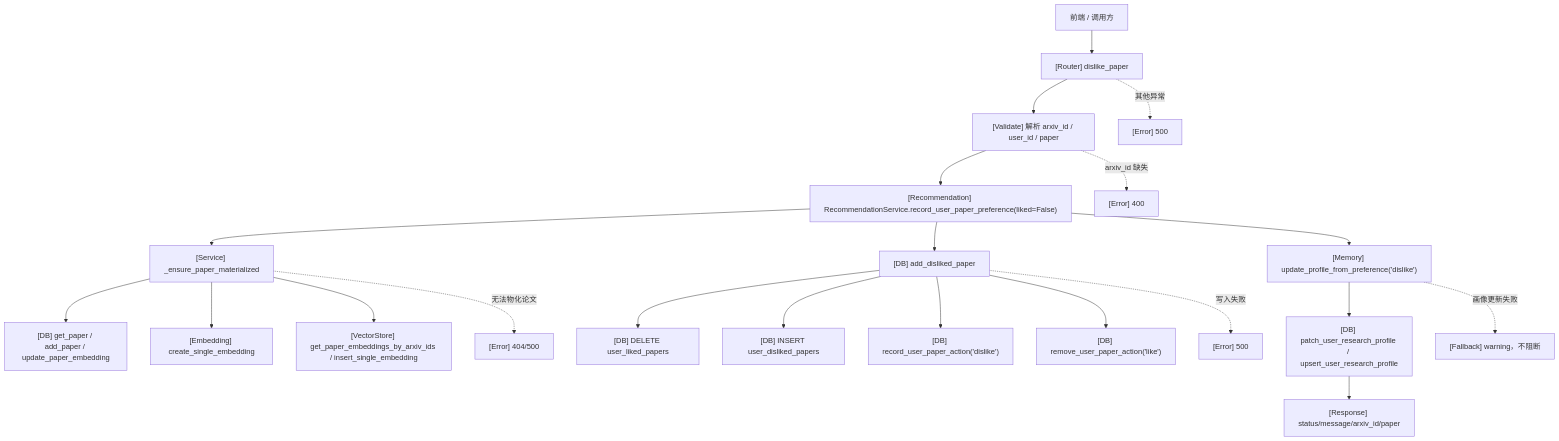
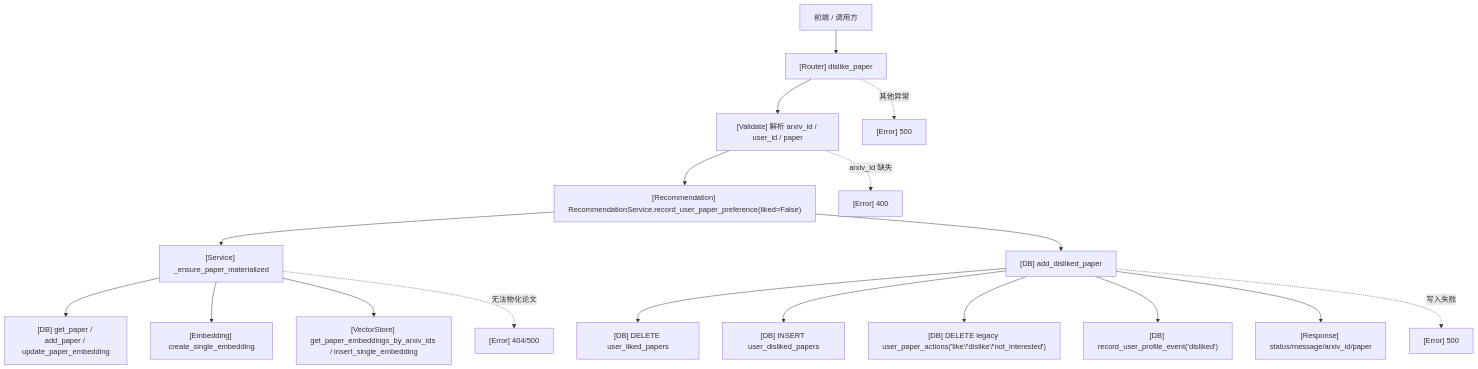
One commit to PolarisSun729/arxiv-research-agent changed the fifth of 16 diagrams in docs/architecture/routers/user_router_flow.md. Above: the diagram before and after it, drawn with Mermaid. The commit also changed other lines of this file and 75 other files, not shown here.

````diff
--- a/docs/architecture/routers/user_router_flow.md
+++ b/docs/architecture/routers/user_router_flow.md
@@ -302,23 +305,20 @@
 ```mermaid
 flowchart TD
     A["前端 / 调用方"] --> B["[Router] dislike_paper"]
     B --> C["[Validate] 解析 arxiv_id / user_id / paper"]
     C --> D["[Recommendation] RecommendationService.record_user_paper_preference(liked=False)"]
     D --> E["[Service] _ensure_paper_materialized"]
     E --> E1["[DB] get_paper / add_paper / update_paper_embedding"]
     E --> E2["[Embedding] create_single_embedding"]
     E --> E3["[VectorStore] get_paper_embeddings_by_arxiv_ids / insert_single_embedding"]
     D --> F["[DB] add_disliked_paper"]
     F --> F1["[DB] DELETE user_liked_papers"]
     F --> F2["[DB] INSERT user_disliked_papers"]
-    F --> F3["[DB] record_user_paper_action('dislike')"]
-    F --> F4["[DB] remove_user_paper_action('like')"]
-    D --> G["[Memory] update_profile_from_preference('dislike')"]
-    G --> H["[DB] patch_user_research_profile / upsert_user_research_profile"]
-    H --> I["[Response] status/message/arxiv_id/paper"]
+    F --> F3["[DB] DELETE legacy user_paper_actions('like'/'dislike'/'not_interested')"]
+    F --> F4["[DB] record_user_profile_event('disliked')"]
+    F --> I["[Response] status/message/arxiv_id/paper"]
     C -. arxiv_id 缺失 .-> J["[Error] 400"]
     E -. 无法物化论文 .-> K["[Error] 404/500"]
     F -. 写入失败 .-> L["[Error] 500"]
-    G -. 画像更新失败 .-> M["[Fallback] warning，不阻断"]
     B -. 其他异常 .-> N["[Error] 500"]
 ```
````
